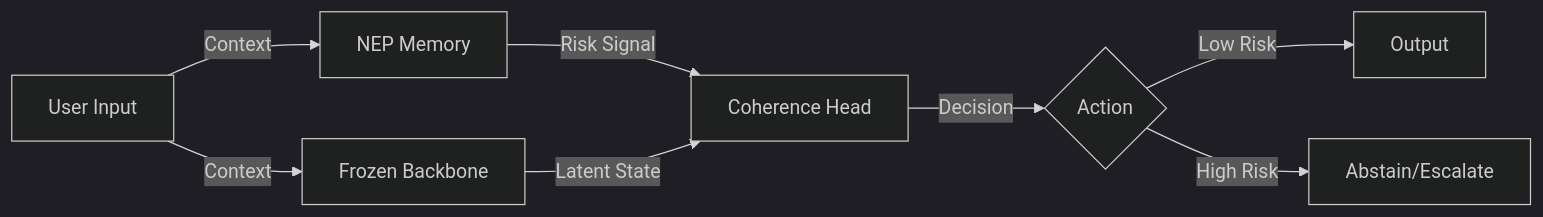
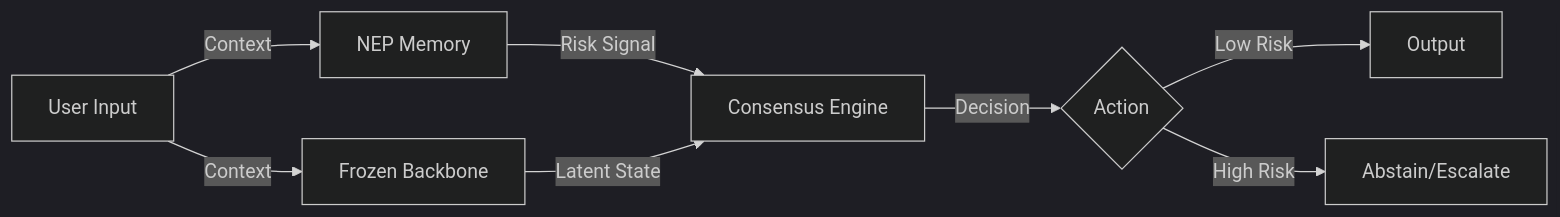
Before and after one commit to davidahmann/coherism: the second of 2 diagrams in README.md, drawn with Mermaid (dark theme).

Commit message:
docs: Update architectural diagram to rename Coherence Head to Consensus Engine.

````diff
--- a/README.md
+++ b/README.md
@@ -48,10 +48,10 @@
 ```mermaid
 graph LR
     User[User Input] -->|Context| BB[Frozen Backbone]
     User -->|Context| NEP[NEP Memory]
-    NEP -->|Risk Signal| CH[Coherence Head]
-    BB -->|Latent State| CH
-    CH -->|Decision| Action{Action}
+    NEP -->|Risk Signal| CE[Consensus Engine]
+    BB -->|Latent State| CE
+    CE -->|Decision| Action{Action}
     Action -->|Low Risk| Out[Output]
     Action -->|High Risk| Abstain[Abstain/Escalate]
 ```
````
